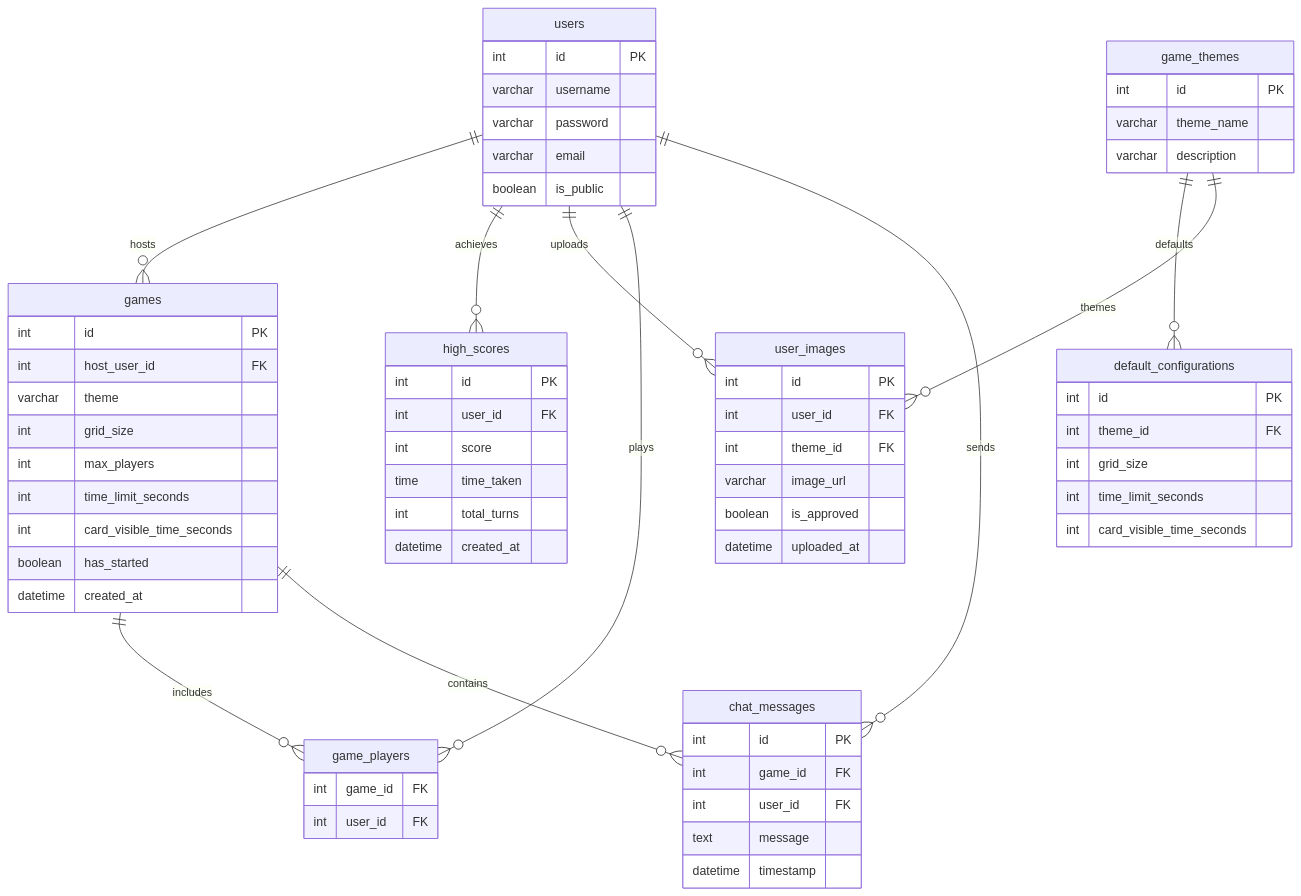
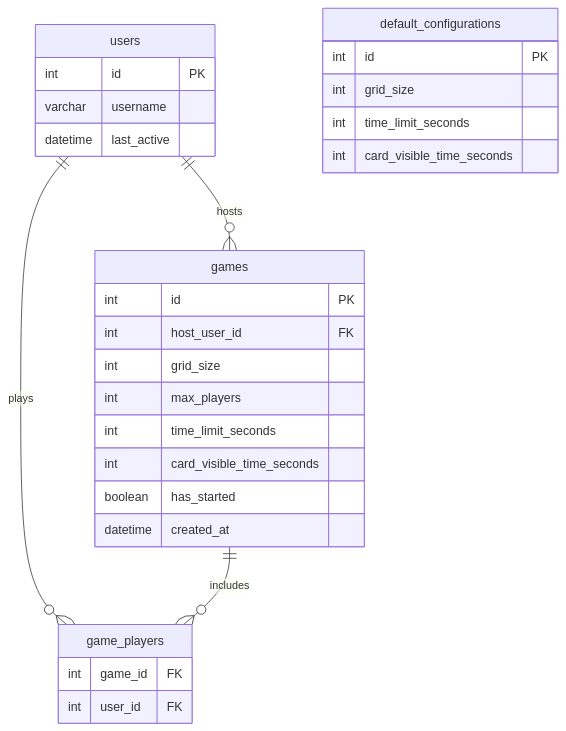
The diagram in docs/DB_SCHEMA.md (developer239/pexeso), drawn with Mermaid before and after one commit.

Commit message:
chore: simplify initial DB schema

````diff
--- a/docs/DB_SCHEMA.md
+++ b/docs/DB_SCHEMA.md
@@ -3,77 +3,35 @@
 ```mermaid
 erDiagram
     users {
         int id PK
         varchar username
-        varchar password
-        varchar email
-        boolean is_public
+        datetime last_active
     }
 
     games {
         int id PK
         int host_user_id FK
-        varchar theme
         int grid_size
         int max_players
         int time_limit_seconds
         int card_visible_time_seconds
         boolean has_started
         datetime created_at
     }
 
-    high_scores {
-        int id PK
-        int user_id FK
-        int score
-        time time_taken
-        int total_turns
-        datetime created_at
-    }
-
-    user_images {
-        int id PK
-        int user_id FK
-        int theme_id FK
-        varchar image_url
-        boolean is_approved
-        datetime uploaded_at
-    }
-
-    game_themes {
-        int id PK
-        varchar theme_name
-        varchar description
-    }
-
     default_configurations {
         int id PK
-        int theme_id FK
         int grid_size
         int time_limit_seconds
         int card_visible_time_seconds
     }
 
     game_players {
         int game_id FK
         int user_id FK
     }
 
-    chat_messages {
-        int id PK
-        int game_id FK
-        int user_id FK
-        text message
-        datetime timestamp
-    }
-
     users ||--o{ games: "hosts"
-    users ||--o{ high_scores: "achieves"
-    users ||--o{ user_images: "uploads"
     users ||--o{ game_players: "plays"
-    users ||--o{ chat_messages: "sends"
     games ||--o{ game_players: "includes"
-    games ||--o{ chat_messages: "contains"
-    game_themes ||--o{ default_configurations: "defaults"
-    game_themes ||--o{ user_images: "themes"
 ```
````
